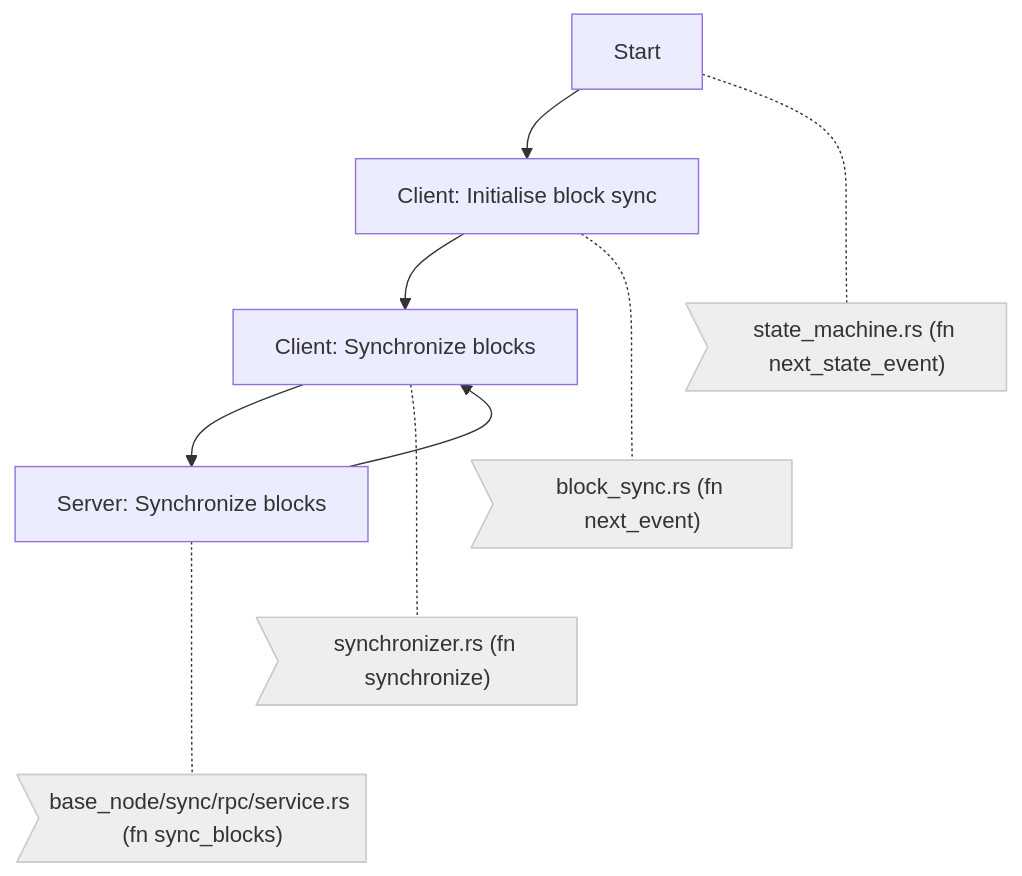
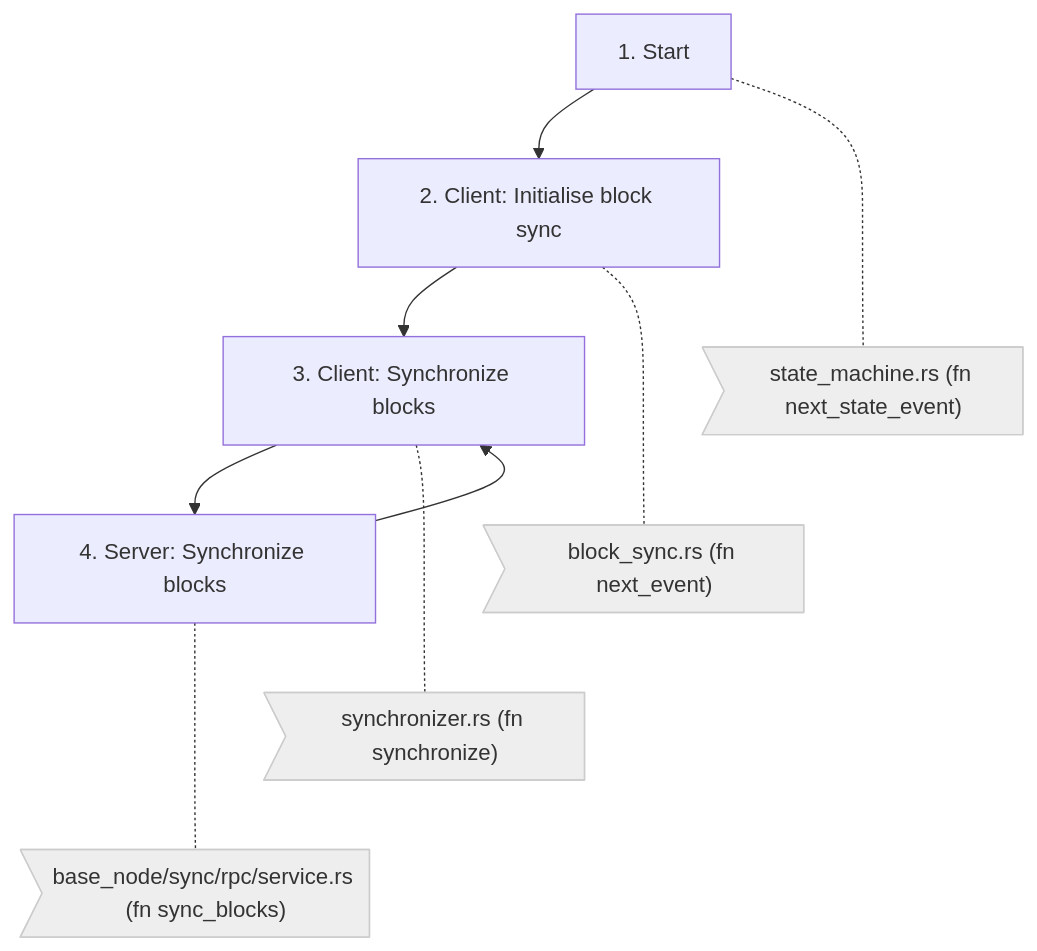
One commit to tari-project/tari changed the first of 2 diagrams in docs/src/diagrams/block_sync.md. Above: the diagram before and after it, drawn with Mermaid. The commit also changed other lines of this file, not shown here.

````diff
--- a/docs/src/diagrams/block_sync.md
+++ b/docs/src/diagrams/block_sync.md
@@ -9,16 +9,16 @@
 ```mermaid
 flowchart TD
-A[Start] --> B[Client: Initialise block sync]
-B[Client: Initialise block sync] --> C[Client: Synchronize blocks]
-C[Client: Synchronize blocks] --> D[Server: Synchronize blocks]
-D[Server: Synchronize blocks] --> C[Client: Synchronize blocks]
+A[1. Start] --> B[2. Client: Initialise block sync]
+B[2. Client: Initialise block sync] --> C[3. Client: Synchronize blocks]
+C[3. Client: Synchronize blocks] --> D[4. Server: Synchronize blocks]
+D[4. Server: Synchronize blocks] --> C[3. Client: Synchronize blocks]
 A -..- N1>"state_machine.rs (fn next_state_event)"]
 B -..- N2>"block_sync.rs (fn next_event)"]
 C -..- N3>"synchronizer.rs (fn synchronize)"]
 D -..- N4>"base_node/sync/rpc/service.rs (fn sync_blocks)"]
    N1:::note
    N2:::note
    N3:::note
    N4:::note
     classDef note fill:#eee,stroke:#ccc
 ```
````
